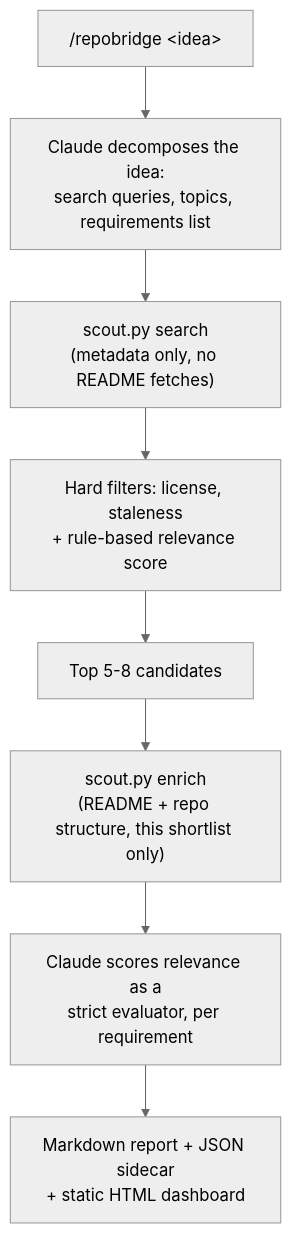
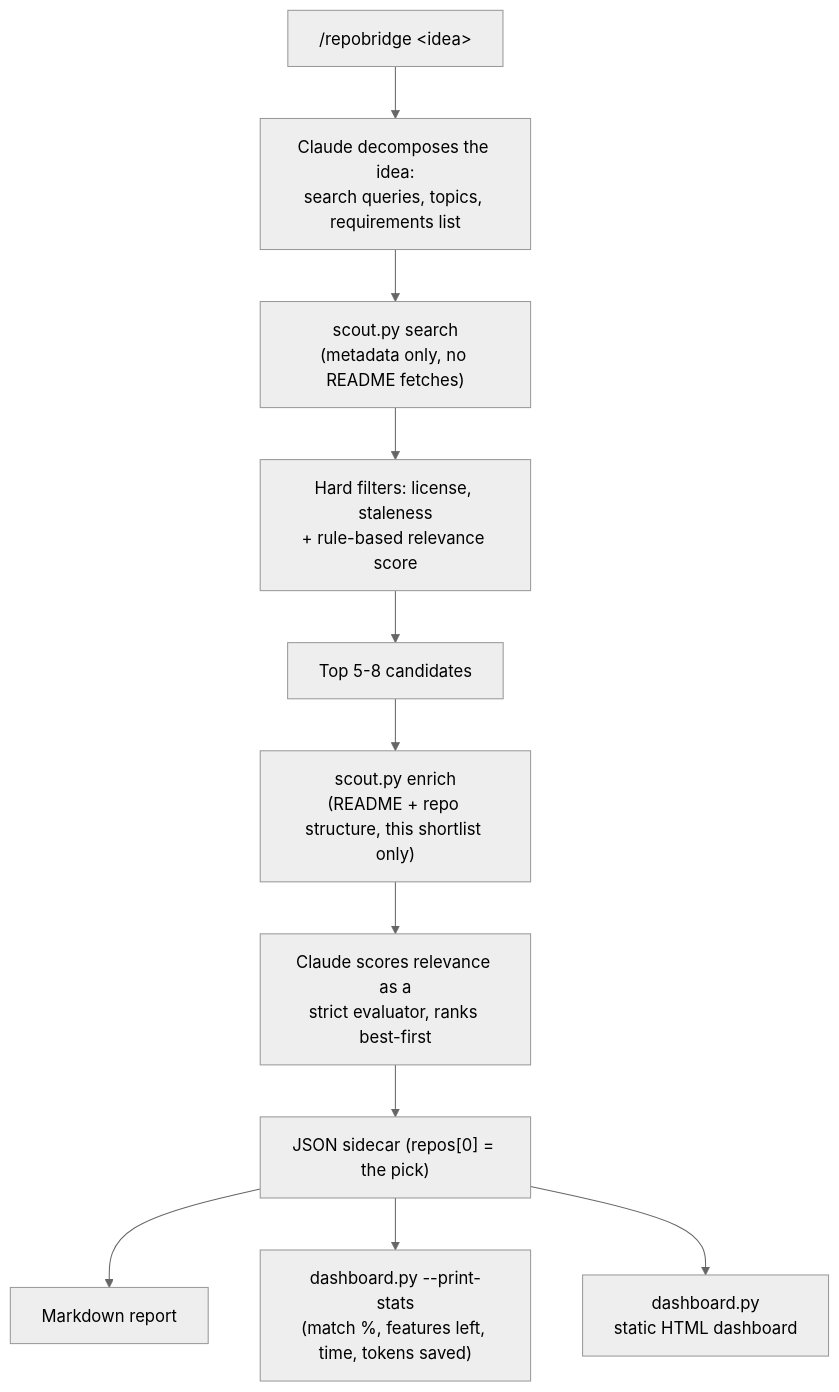
One commit to praneethk002/repobridge changed the diagram in README.md. Above: the diagram before and after it, drawn with Mermaid (neutral theme). The commit also changed other lines of this file and 5 other files, not shown here.

First line of the commit message:
Redesign dashboard: single best-pick hero with match %, time, and token estimates

````diff
--- a/README.md
+++ b/README.md
@@ -13,10 +13,13 @@
 ```mermaid
 flowchart TD
     A["/repobridge &lt;idea&gt;"] --> B["Claude decomposes the idea:<br/>search queries, topics, requirements list"]
     B --> C["scout.py search<br/>(metadata only, no README fetches)"]
     C --> D["Hard filters: license, staleness<br/>+ rule-based relevance score"]
     D --> E["Top 5-8 candidates"]
     E --> F["scout.py enrich<br/>(README + repo structure, this shortlist only)"]
-    F --> G["Claude scores relevance as a<br/>strict evaluator, per requirement"]
-    G --> H["Markdown report + JSON sidecar<br/>+ static HTML dashboard"]
+    F --> G["Claude scores relevance as a<br/>strict evaluator, ranks best-first"]
+    G --> H["JSON sidecar (repos[0] = the pick)"]
+    H --> I["Markdown report"]
+    H --> J["dashboard.py --print-stats<br/>(match %, features left, time, tokens saved)"]
+    H --> K["dashboard.py<br/>static HTML dashboard"]
 ```
````
